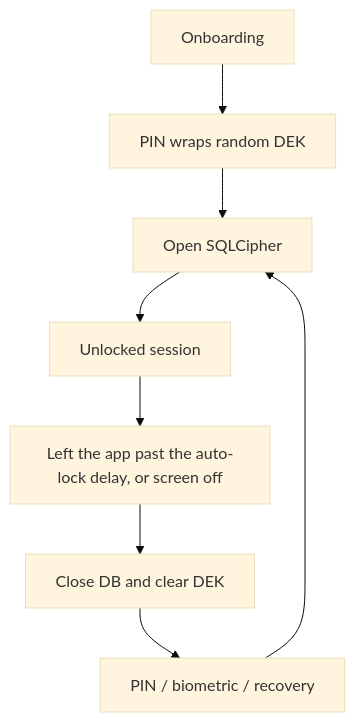
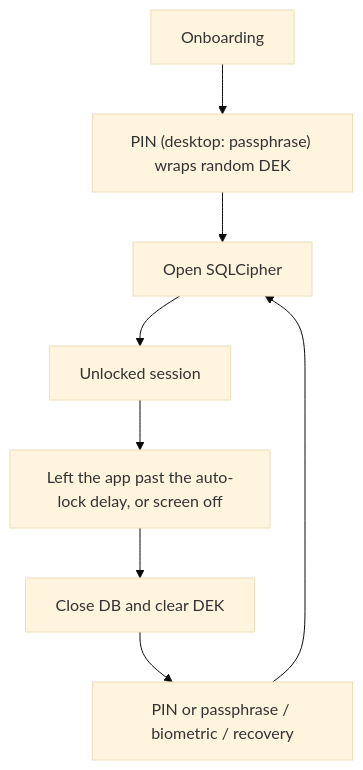
The first of 2 diagrams in docs/architecture.md (pasichDev/Encly), drawn with Mermaid (base theme) before and after one commit. The commit also changed other lines of this file and 14 other files, not shown here.

Commit message:
docs: describe the Linux release, the desktop passphrase and what it does not protect

````diff
--- a/docs/architecture.md
+++ b/docs/architecture.md
@@ -32,10 +32,10 @@
 ```mermaid
 flowchart TD
-    Setup["Onboarding"] --> Pin["PIN wraps random DEK"]
+    Setup["Onboarding"] --> Pin["PIN (desktop: passphrase) wraps random DEK"]
     Pin --> Open["Open SQLCipher"]
     Open --> Session["Unlocked session"]
     Session --> Background["Left the app past the auto-lock delay, or screen off"]
     Background --> Lock["Close DB and clear DEK"]
-    Lock --> Unlock["PIN / biometric / recovery"]
+    Lock --> Unlock["PIN or passphrase / biometric / recovery"]
     Unlock --> Open
 ```
````
